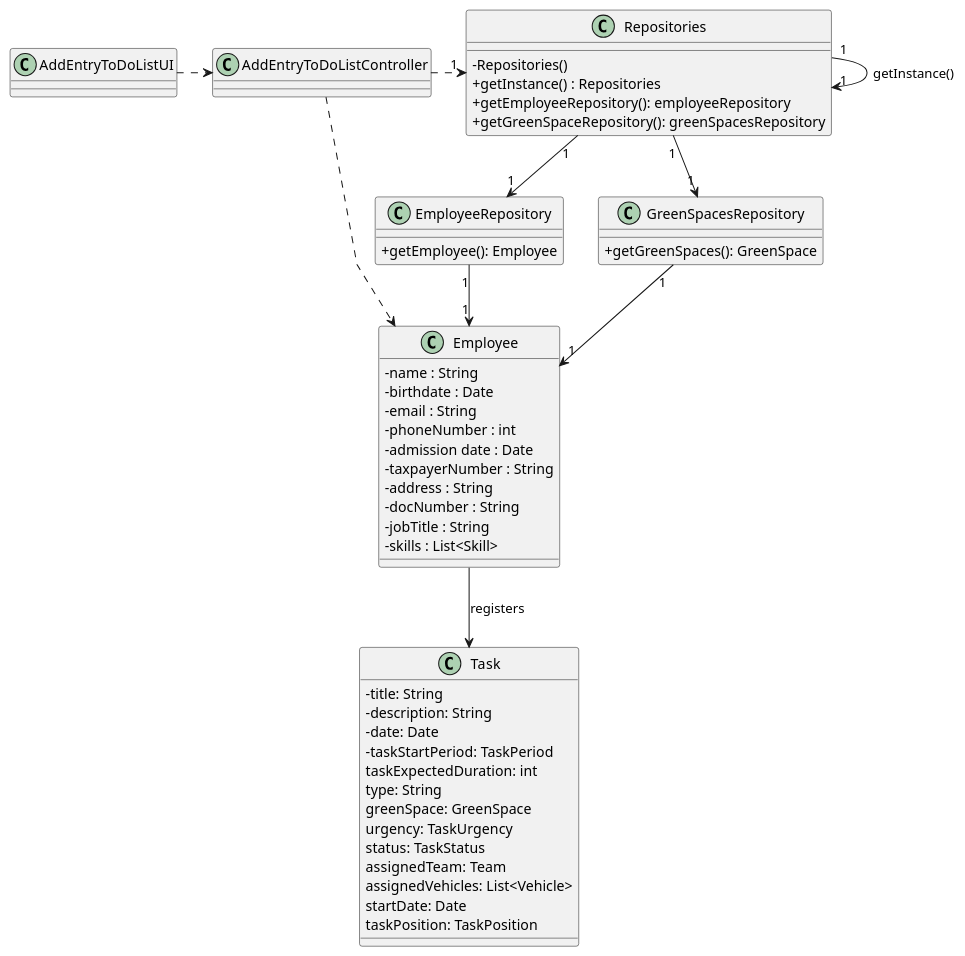
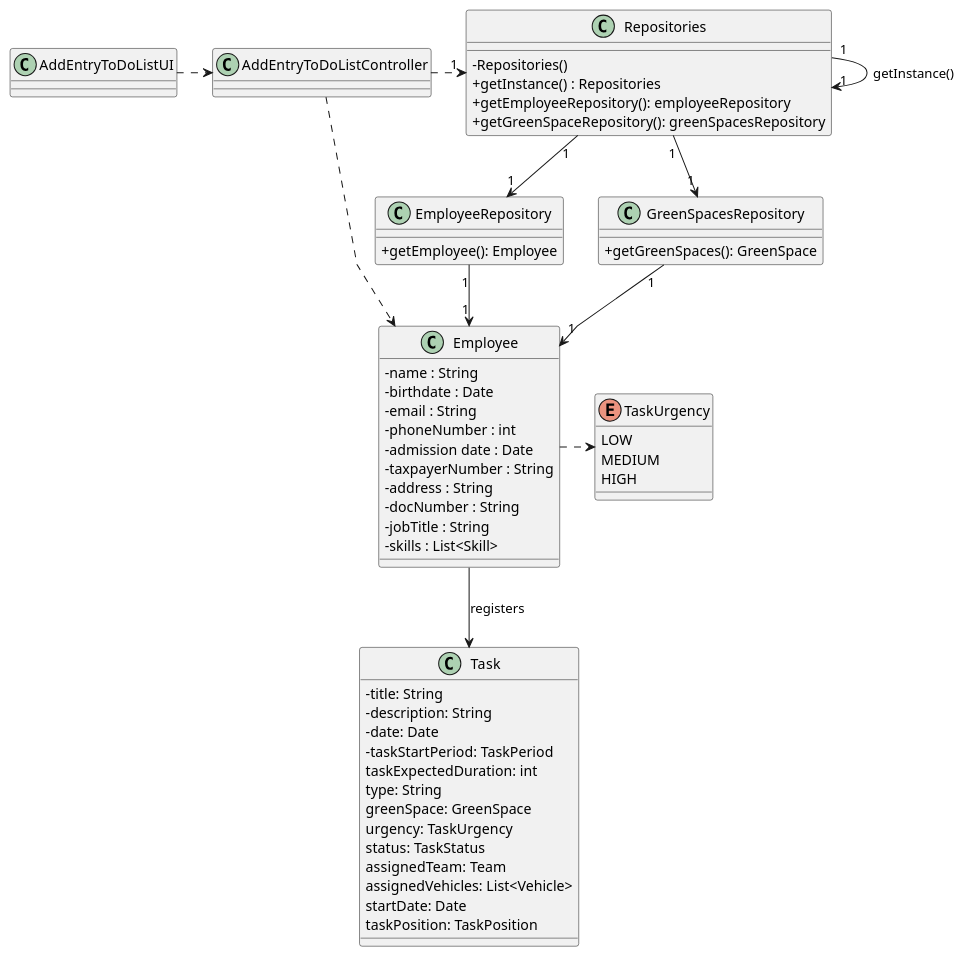
The diagram in docs/sprintC/US021/03.design/puml/us021-class-diagram.puml (LopemigueISEP/lei-24-s2-1nb-g312), drawn with PlantUML before and after one commit. The commit also changed 10 other files, not shown here.

```diff
--- a/docs/sprintC/US021/03.design/puml/us021-class-diagram.puml
+++ b/docs/sprintC/US021/03.design/puml/us021-class-diagram.puml
@@ -1,83 +1,91 @@
 @startuml
 'skinparam monochrome true
 skinparam packageStyle rectangle
 skinparam shadowing false
 skinparam linetype polyline
 'skinparam linetype orto
 
 skinparam classAttributeIconSize 0
 
 'left to right direction
 class Employee{
     -name : String
     -birthdate : Date
     -email : String
     -phoneNumber : int
     -admission date : Date
     -taxpayerNumber : String
     -address : String
     -docNumber : String
     -jobTitle : String
     -skills : List<Skill>
 }
 
 
 class AddEntryToDoListController{
 
 }
 
 class AddEntryToDoListUI{
 
 }
 
 class Repositories {
     - Repositories()
     + getInstance() : Repositories
     + getEmployeeRepository(): employeeRepository
     + getGreenSpaceRepository(): greenSpacesRepository
 }
 class EmployeeRepository{
 
 
 +getEmployee(): Employee
 
 }
 class GreenSpacesRepository{
 +getGreenSpaces(): GreenSpace
 }
 
 class Task{
     -title: String
     -description: String
     -date: Date
     -taskStartPeriod: TaskPeriod
     taskExpectedDuration: int
     type: String
     greenSpace: GreenSpace
     urgency: TaskUrgency
     status: TaskStatus
     assignedTeam: Team
     assignedVehicles: List<Vehicle>
     startDate: Date
     taskPosition: TaskPosition
 }
 
+enum TaskUrgency {
+    LOW
+    MEDIUM
+    HIGH
+}
+
+
 AddEntryToDoListUI .>AddEntryToDoListController
 
 AddEntryToDoListController .> "1" Repositories
 
 Repositories "1" --> "1" Repositories : getInstance()
 Repositories "1" --> "1" EmployeeRepository
 
 Repositories "1" --> "1" GreenSpacesRepository
 
 AddEntryToDoListController ..>Employee
 
 EmployeeRepository "1" --> "1" Employee
 GreenSpacesRepository "1" --> "1" Employee
 
+Employee .> TaskUrgency
 Employee --> Task: registers
 
 
 
 @enduml
```
